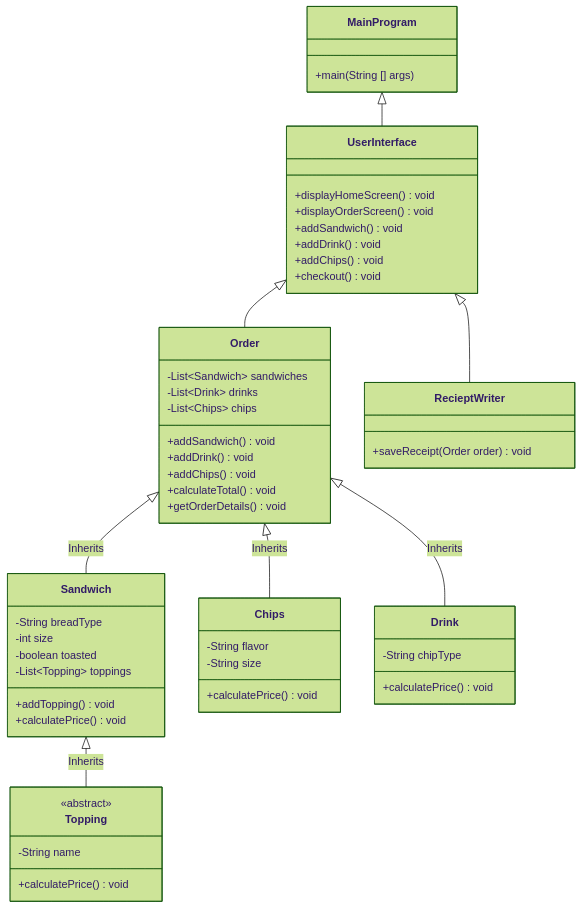
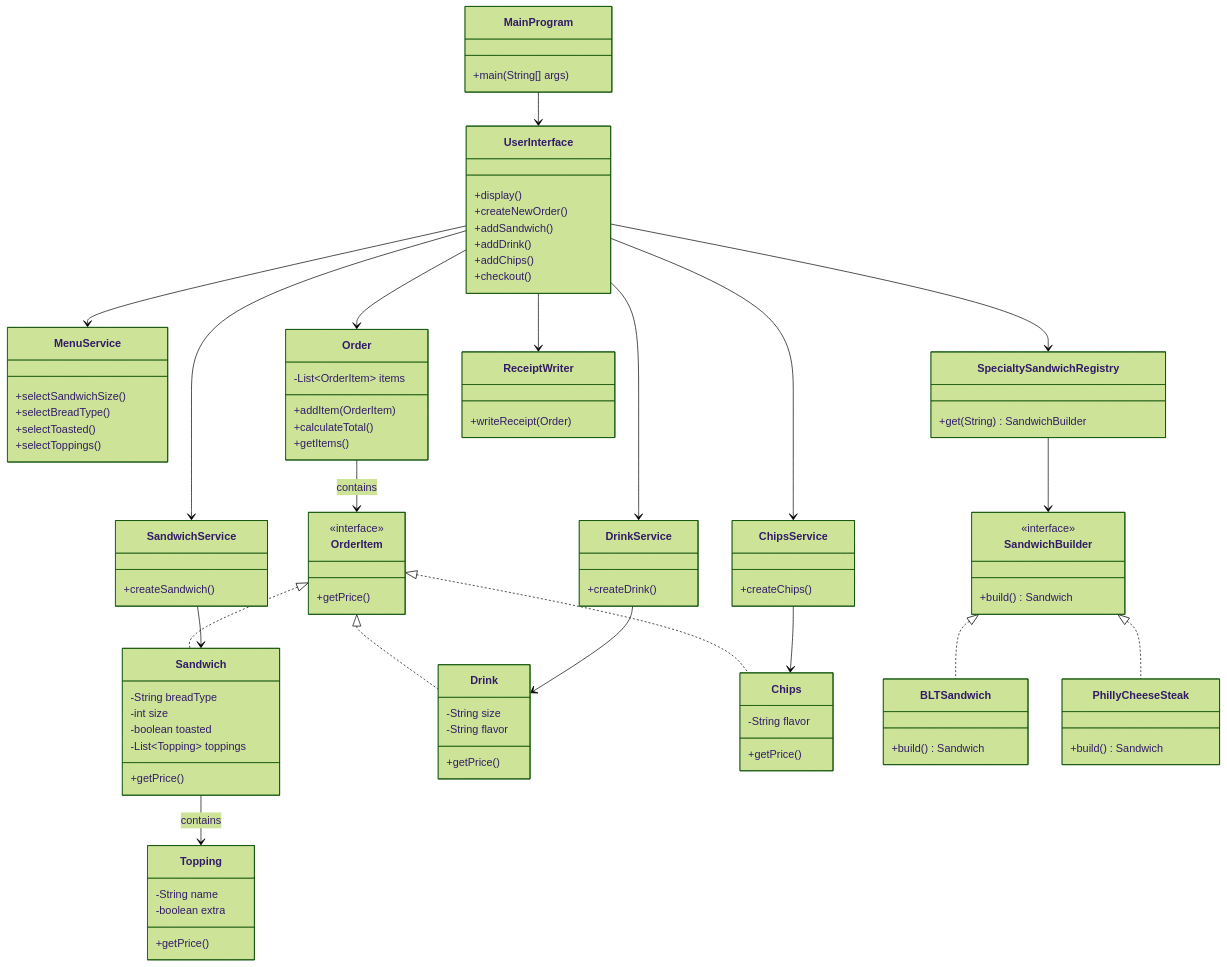
The diagram in README.md (KizKnife/deli-cious-capstone-2), drawn with Mermaid (forest theme) before and after one commit. The commit also changed other lines of this file and 4 other files, not shown here.

Commit message:
Refactor to OOP, features moved into service for order building, better README.md

````diff
--- a/README.md
+++ b/README.md
@@ -3,72 +264,141 @@
-```mermaid
+``` mermaid
 classDiagram
-%% --- Base Class ---
+
+%% ======================
+%% ENTRY POINT
+%% ======================
 class MainProgram {
-+main(String [] args)
++main(String[] args)
 }
 
-    %% --- Models Classes ---
-    class Order {
-        -List~Sandwich~ sandwiches
-        -List~Drink~ drinks
-        -List~Chips~ chips
-        +addSandwich() void
-        +addDrink() void
-        +addChips() void
-        +calculateTotal() void
-        +getOrderDetails() void
-    }
+%% ======================
+%% UI LAYER
+%% ======================
+class UserInterface {
++display()
++createNewOrder()
++addSandwich()
++addDrink()
++addChips()
++checkout()
+}
 
-    class Sandwich {
-        -String breadType
-        -int size
-        -boolean toasted
-        -List~Topping~ toppings
-        +addTopping() void
-        +calculatePrice() void
-    }
+class MenuService {
++selectSandwichSize()
++selectBreadType()
++selectToasted()
++selectToppings()
+}
 
-    class Topping {
-        <<abstract>>
-        -String name
-        +calculatePrice() void
-    }
+%% ======================
+%% SERVICE LAYER
+%% ======================
+class SandwichService {
++createSandwich()
+}
 
-    class Chips {
-        -String flavor
-        -String size
-        +calculatePrice() void
-    }
+class DrinkService {
++createDrink()
+}
 
-    class Drink {
-        -String chipType
-        +calculatePrice() void
-    }
+class ChipsService {
++createChips()
+}
 
-    %% --- Models Classes ---
-    class RecieptWriter {
-        +saveReceipt(Order order) void
-    }
+class SpecialtySandwichRegistry {
++get(String) SandwichBuilder
+}
 
-    %% --- UI Classes ---
-    class UserInterface {
-        +displayHomeScreen() void
-        +displayOrderScreen() void
-        +addSandwich() void
-        +addDrink() void
-        +addChips() void
-        +checkout() void
-    }
+%% ======================
+%% DOMAIN MODEL
+%% ======================
+class Order {
+-List~OrderItem~ items
++addItem(OrderItem)
++calculateTotal()
++getItems()
+}
 
-    %% --- Relationships ---
-    MainProgram <|-- UserInterface
+class OrderItem {
+<<interface>>
++getPrice()
+}
 
-    UserInterface <|-- RecieptWriter
-    UserInterface <| -- Order
+class Sandwich {
+-String breadType
+-int size
+-boolean toasted
+-List~Topping~ toppings
++getPrice()
+}
 
-    Order <|-- Sandwich  : Inherits
-    Order <|-- Chips  : Inherits
-    Order <|-- Drink  : Inherits
+class Drink {
+-String size
+-String flavor
++getPrice()
+}
 
-    Sandwich <|-- Topping  : Inherits
+class Chips {
+-String flavor
++getPrice()
+}
+
+class Topping {
+-String name
+-boolean extra
++getPrice()
+}
+
+%% ======================
+%% BUILDER PATTERN
+%% ======================
+class SandwichBuilder {
+<<interface>>
++build() Sandwich
+}
+
+class BLTSandwich {
++build() Sandwich
+}
+
+class PhillyCheeseSteak {
++build() Sandwich
+}
+
+%% ======================
+%% RECEIPT
+%% ======================
+class ReceiptWriter {
++writeReceipt(Order)
+}
+
+%% ======================
+%% RELATIONSHIPS (IMPORTANT)
+%% ======================
+
+MainProgram --> UserInterface
+
+UserInterface --> MenuService
+UserInterface --> SandwichService
+UserInterface --> DrinkService
+UserInterface --> ChipsService
+UserInterface --> SpecialtySandwichRegistry
+UserInterface --> Order
+UserInterface --> ReceiptWriter
+
+Order --> OrderItem : contains
+
+OrderItem <|.. Sandwich
+OrderItem <|.. Drink
+OrderItem <|.. Chips
+
+Sandwich --> Topping : contains
+
+SandwichBuilder <|.. BLTSandwich
+SandwichBuilder <|.. PhillyCheeseSteak
+
+SpecialtySandwichRegistry --> SandwichBuilder
+SandwichService --> Sandwich
+DrinkService --> Drink
+ChipsService --> Chips
 ```
````
